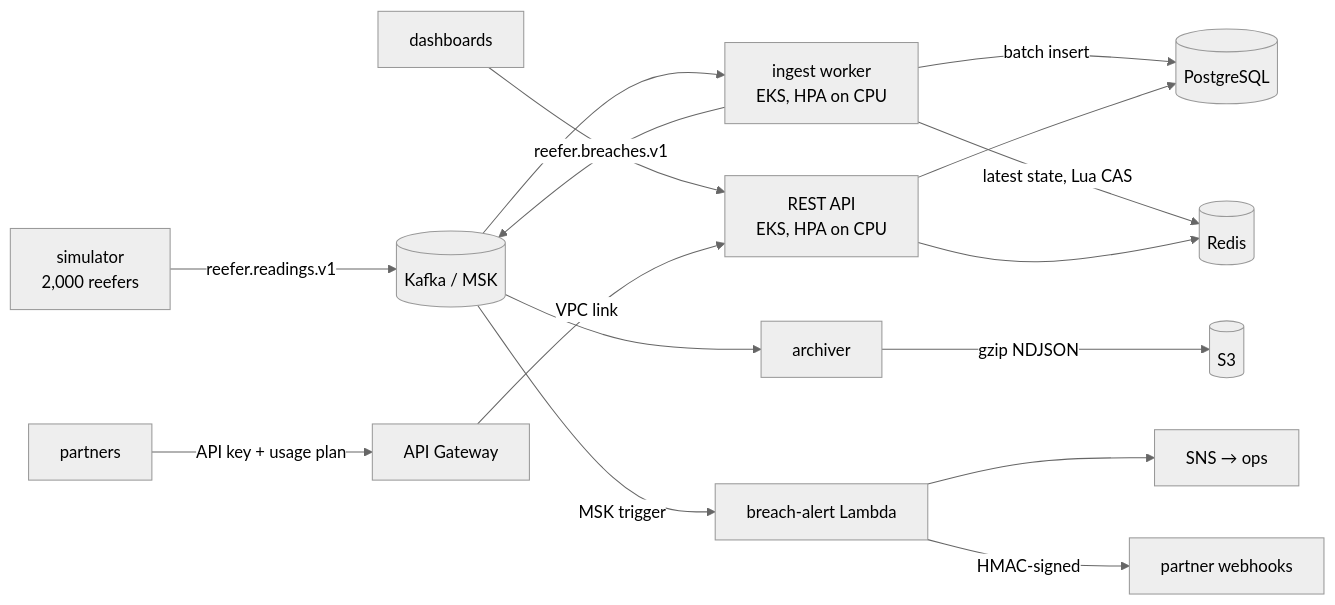
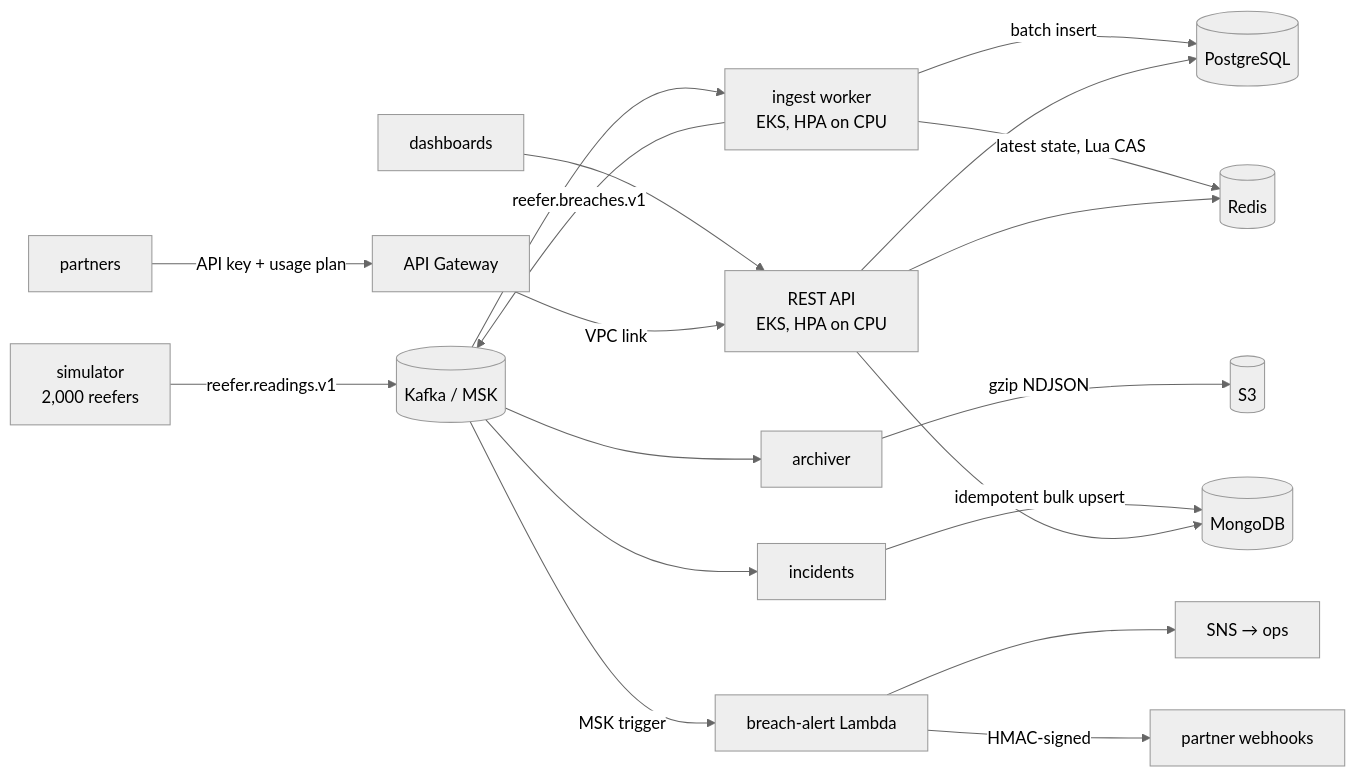
Before and after one commit to Hiro208/cold-chain-monitor: the diagram in README.md, drawn with Mermaid (neutral theme). The commit also changed other lines of this file and 20 other files, not shown here.

````diff
--- a/README.md
+++ b/README.md
@@ -14,16 +15,18 @@
 ```mermaid
 flowchart LR
     sim[simulator<br/>2,000 reefers] -->|reefer.readings.v1| kafka[(Kafka / MSK)]
     kafka --> ingest[ingest worker<br/>EKS, HPA on CPU]
     ingest -->|batch insert| pg[(PostgreSQL)]
     ingest -->|latest state, Lua CAS| redis[(Redis)]
     ingest -->|reefer.breaches.v1| kafka
     kafka --> archiver[archiver] -->|gzip NDJSON| s3[(S3)]
+    kafka --> incidents[incidents] -->|idempotent bulk upsert| mongo[(MongoDB)]
     kafka -->|MSK trigger| lambda[breach-alert Lambda]
     lambda --> sns[SNS → ops]
     lambda -->|HMAC-signed| partners[partner webhooks]
     api[REST API<br/>EKS, HPA on CPU] --> pg
     api --> redis
+    api --> mongo
     clients[dashboards] --> api
     partnerclients[partners] -->|API key + usage plan| apigw[API Gateway] -->|VPC link| api
 ```
````
